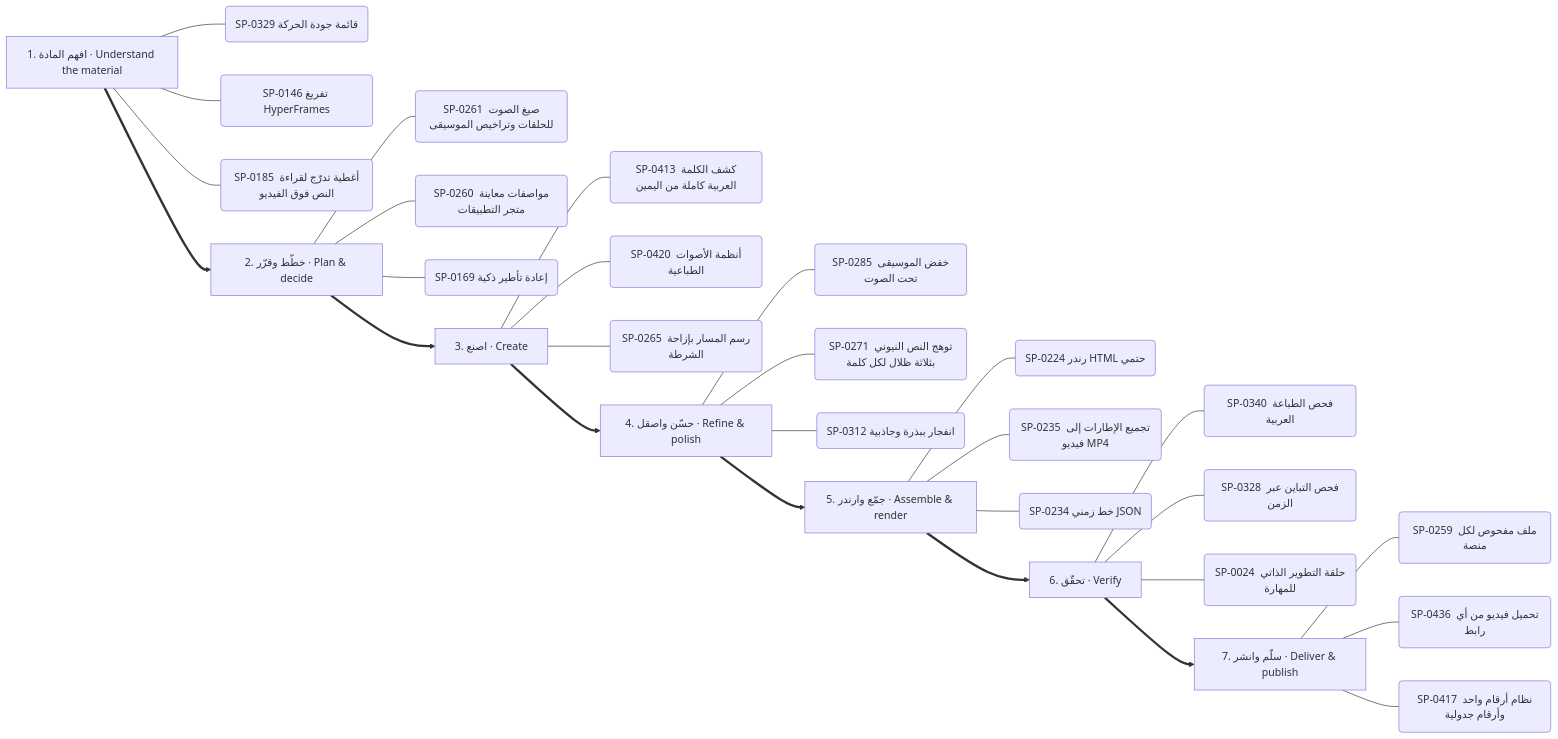
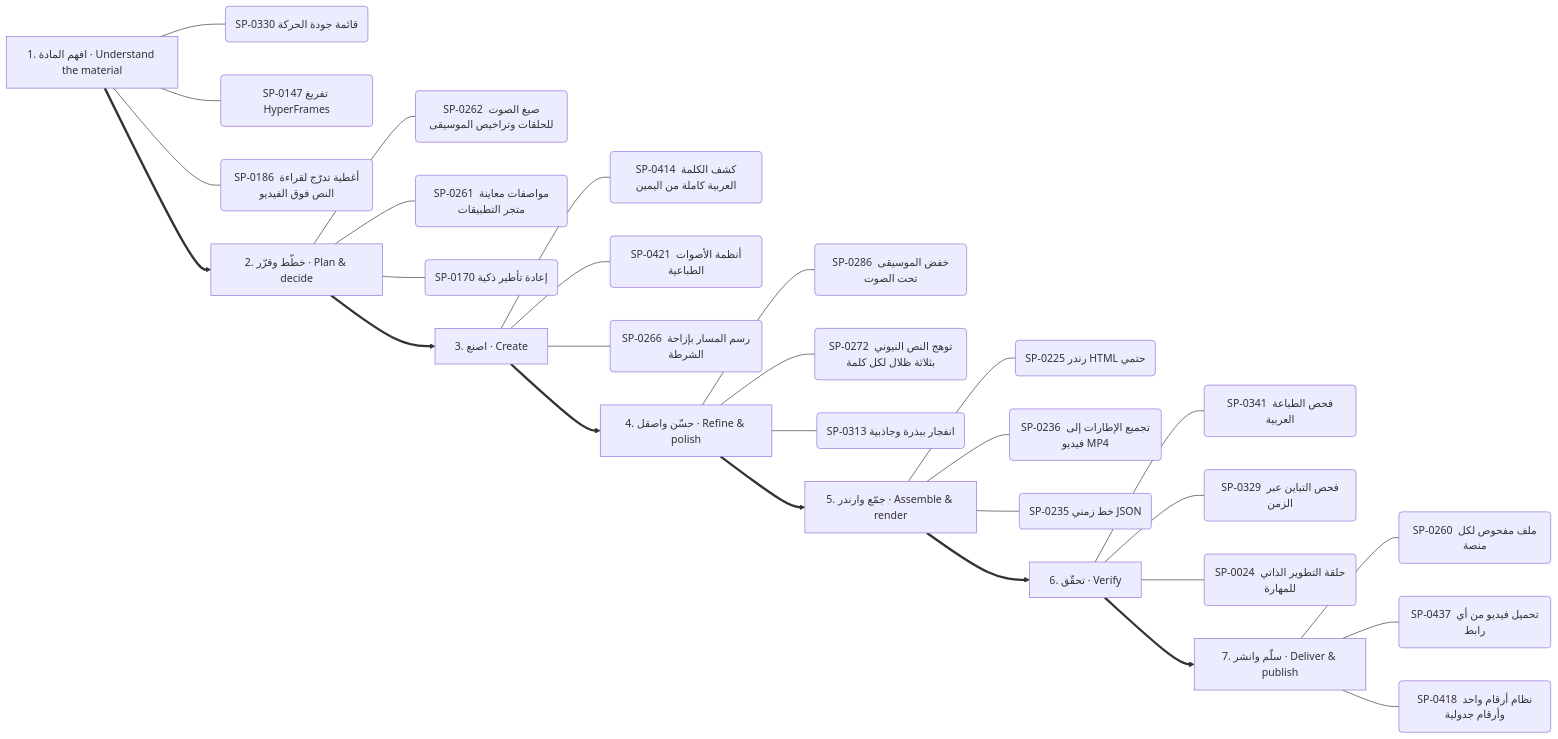
One commit to kosif199022-jpg/kosif-tool changed the second of 13 diagrams in .claude/skills/kosif-superpowers/references/capability-mindmap.md. Above: the diagram before and after it, drawn with Mermaid. The commit also changed other lines of this file and 36 other files, not shown here.

````diff
--- a/.claude/skills/kosif-superpowers/references/capability-mindmap.md
+++ b/.claude/skills/kosif-superpowers/references/capability-mindmap.md
@@ -125,37 +126,37 @@
 ```mermaid
 flowchart LR
   S0["1. افهم المادة · Understand the material"]
-  S0 --- S0_0("SP-0329 قائمة جودة الحركة")
-  S0 --- S0_1("SP-0146 تفريغ HyperFrames")
-  S0 --- S0_2("SP-0185 أغطية تدرّج لقراءة النص فوق الفيديو")
+  S0 --- S0_0("SP-0330 قائمة جودة الحركة")
+  S0 --- S0_1("SP-0147 تفريغ HyperFrames")
+  S0 --- S0_2("SP-0186 أغطية تدرّج لقراءة النص فوق الفيديو")
   S1["2. خطّط وقرّر · Plan & decide"]
-  S1 --- S1_0("SP-0261 صيغ الصوت للحلقات وتراخيص الموسيقى")
-  S1 --- S1_1("SP-0260 مواصفات معاينة متجر التطبيقات")
-  S1 --- S1_2("SP-0169 إعادة تأطير ذكية")
+  S1 --- S1_0("SP-0262 صيغ الصوت للحلقات وتراخيص الموسيقى")
+  S1 --- S1_1("SP-0261 مواصفات معاينة متجر التطبيقات")
+  S1 --- S1_2("SP-0170 إعادة تأطير ذكية")
   S0 ==> S1
   S2["3. اصنع · Create"]
-  S2 --- S2_0("SP-0413 كشف الكلمة العربية كاملة من اليمين")
-  S2 --- S2_1("SP-0420 أنظمة الأصوات الطباعية")
-  S2 --- S2_2("SP-0265 رسم المسار بإزاحة الشرطة")
+  S2 --- S2_0("SP-0414 كشف الكلمة العربية كاملة من اليمين")
+  S2 --- S2_1("SP-0421 أنظمة الأصوات الطباعية")
+  S2 --- S2_2("SP-0266 رسم المسار بإزاحة الشرطة")
   S1 ==> S2
   S3["4. حسّن واصقل · Refine & polish"]
-  S3 --- S3_0("SP-0285 خفض الموسيقى تحت الصوت")
-  S3 --- S3_1("SP-0271 توهج النص النيوني بثلاثة ظلال لكل كلمة")
-  S3 --- S3_2("SP-0312 انفجار ببذرة وجاذبية")
+  S3 --- S3_0("SP-0286 خفض الموسيقى تحت الصوت")
+  S3 --- S3_1("SP-0272 توهج النص النيوني بثلاثة ظلال لكل كلمة")
+  S3 --- S3_2("SP-0313 انفجار ببذرة وجاذبية")
   S2 ==> S3
   S4["5. جمّع وارندر · Assemble & render"]
-  S4 --- S4_0("SP-0224 رندر HTML حتمي")
-  S4 --- S4_1("SP-0235 تجميع الإطارات إلى فيديو MP4")
-  S4 --- S4_2("SP-0234 خط زمني JSON")
+  S4 --- S4_0("SP-0225 رندر HTML حتمي")
+  S4 --- S4_1("SP-0236 تجميع الإطارات إلى فيديو MP4")
+  S4 --- S4_2("SP-0235 خط زمني JSON")
   S3 ==> S4
   S5["6. تحقّق · Verify"]
-  S5 --- S5_0("SP-0340 فحص الطباعة العربية")
-  S5 --- S5_1("SP-0328 فحص التباين عبر الزمن")
+  S5 --- S5_0("SP-0341 فحص الطباعة العربية")
+  S5 --- S5_1("SP-0329 فحص التباين عبر الزمن")
   S5 --- S5_2("SP-0024 حلقة التطوير الذاتي للمهارة")
   S4 ==> S5
   S6["7. سلّم وانشر · Deliver & publish"]
-  S6 --- S6_0("SP-0259 ملف مفحوص لكل منصة")
-  S6 --- S6_1("SP-0436 تحميل فيديو من أي رابط")
-  S6 --- S6_2("SP-0417 نظام أرقام واحد وأرقام جدولية")
+  S6 --- S6_0("SP-0260 ملف مفحوص لكل منصة")
+  S6 --- S6_1("SP-0437 تحميل فيديو من أي رابط")
+  S6 --- S6_2("SP-0418 نظام أرقام واحد وأرقام جدولية")
   S5 ==> S6
 ```
````
